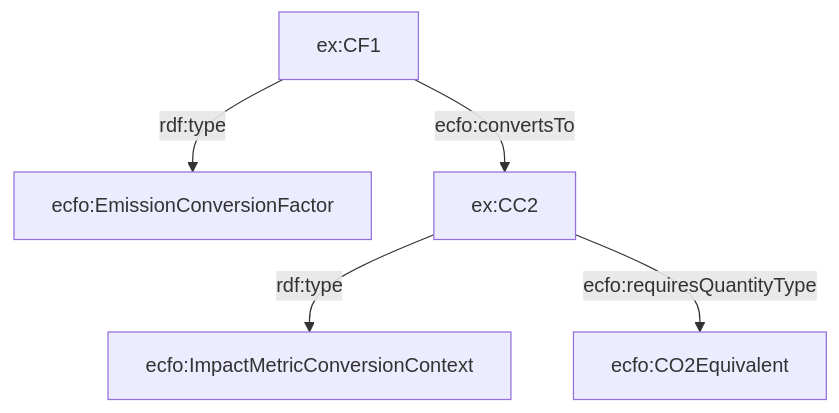
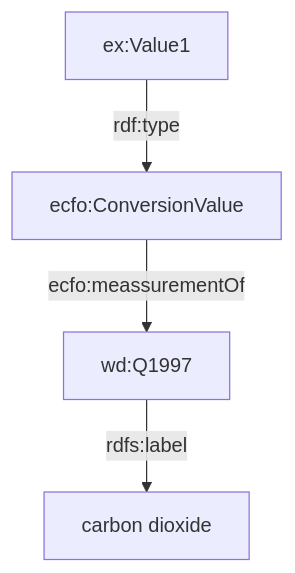
One commit to TEC-Toolkit/ECFO changed the ninth of 10 diagrams in development/doc.md. Above: the diagram before and after it, drawn with Mermaid. The commit also changed other lines of this file, not shown here.

````diff
--- a/development/doc.md
+++ b/development/doc.md
@@ -124,13 +144,10 @@
 ```mermaid
 graph TD
-    CF[ecfo:EmissionConversionFactor]
-    CE[ecfo:ImpactMetricConversionContext]
-    EX[ecfo:CO2Equivalent]
-    EX1[ex:CF1]
-    EX2[ex:CC2]
+    CE[ecfo:ConversionValue]
+    EX1[ex:Value1]
+    EX[wd:Q1997]
 
- EX1 -- "rdf:type" --> CF
-  EX2 -- "rdf:type" --> CE
-    EX1 -- "ecfo:convertsTo" --> EX2
-    EX2 -- "ecfo:requiresQuantityType" -->  EX
+    EX1 -- "rdf:type" --> CE
+    CE -- "ecfo:meassurementOf" --> EX
+    EX -- "rdfs:label" --> LABEL["carbon dioxide"]
 ```
````
